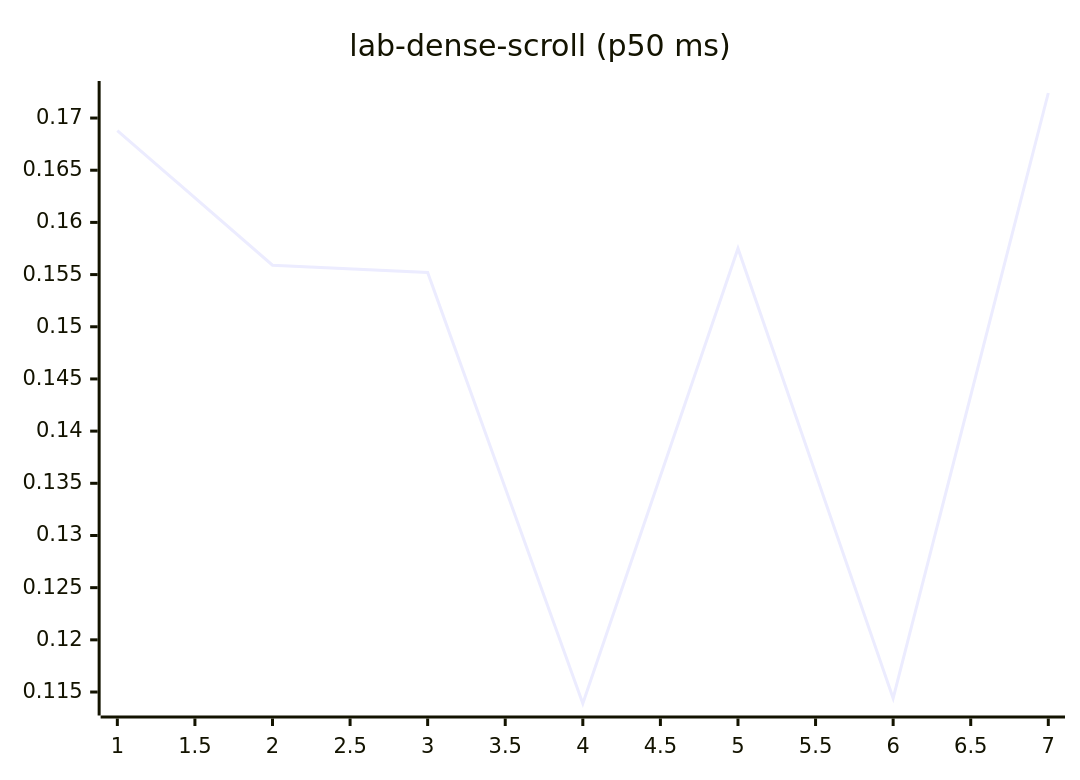
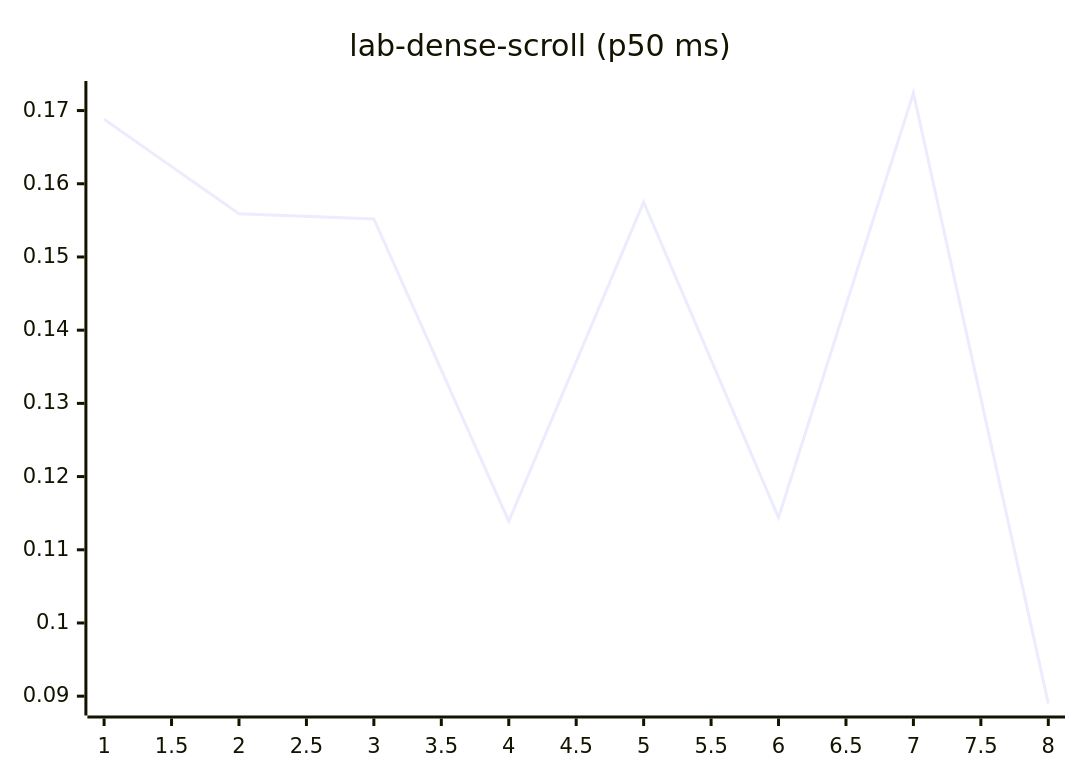
Diagram 12 of 27 in README.md (josha/Facet), drawn with Mermaid before and after one commit. The commit also changed other lines of this file and 2 other files, not shown here.

````diff
--- a/README.md
+++ b/README.md
@@ -140,6 +140,6 @@
 ```mermaid
 xychart-beta
     title "lab-dense-scroll (p50 ms)"
-    x-axis 1 --> 7
-    line [0.1688, 0.1559, 0.1552, 0.1139, 0.1575, 0.1144, 0.1724]
+    x-axis 1 --> 8
+    line [0.1688, 0.1559, 0.1552, 0.1139, 0.1575, 0.1144, 0.1724, 0.0890]
 ```
````
